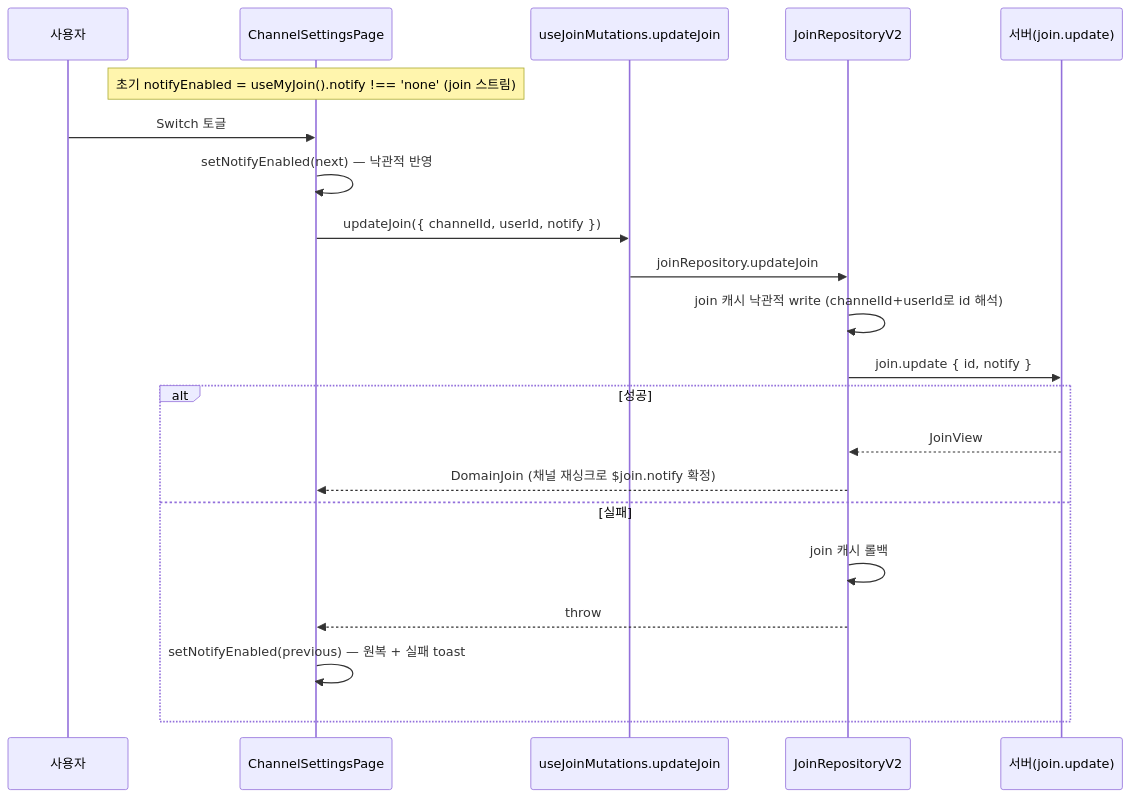
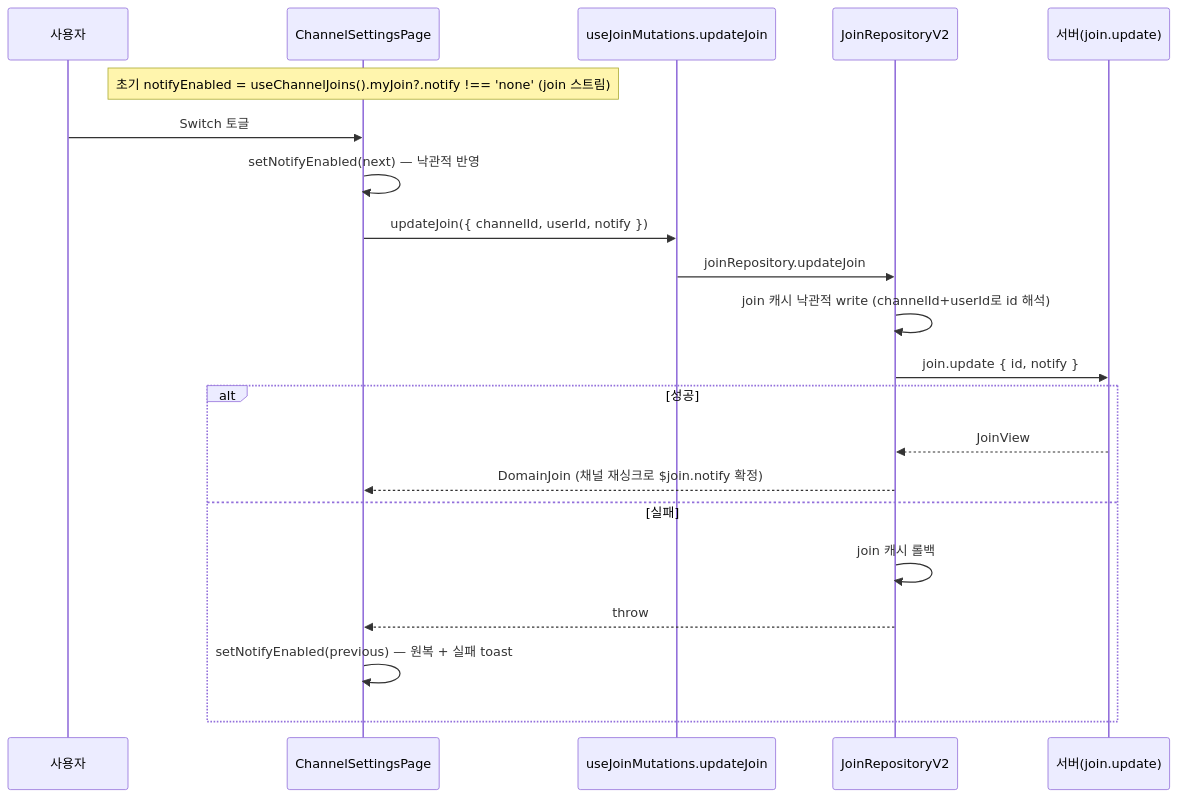
Before and after one commit to lemoncloud-io/dou-app: the third of 3 diagrams in apps/web/docs/feature/channels/channel-settings.md, drawn with Mermaid. The commit also changed other lines of this file and 42 other files, not shown here.

````diff
--- a/apps/web/docs/feature/channels/channel-settings.md
+++ b/apps/web/docs/feature/channels/channel-settings.md
@@ -112,24 +112,24 @@
 ```mermaid
 sequenceDiagram
   participant U as 사용자
   participant P as ChannelSettingsPage
   participant H as useJoinMutations.updateJoin
   participant R as JoinRepositoryV2
   participant S as 서버(join.update)
 
-  Note over P: 초기 notifyEnabled = useMyJoin().notify !== 'none' (join 스트림)
+  Note over P: 초기 notifyEnabled = useChannelJoins().myJoin?.notify !== 'none' (join 스트림)
   U->>P: Switch 토글
   P->>P: setNotifyEnabled(next) — 낙관적 반영
   P->>H: updateJoin({ channelId, userId, notify })
   H->>R: joinRepository.updateJoin
   R->>R: join 캐시 낙관적 write (channelId+userId로 id 해석)
   R->>S: join.update { id, notify }
   alt 성공
     S-->>R: JoinView
     R-->>P: DomainJoin (채널 재싱크로 $join.notify 확정)
   else 실패
     R->>R: join 캐시 롤백
     R-->>P: throw
     P->>P: setNotifyEnabled(previous) — 원복 + 실패 toast
   end
 ```
````
